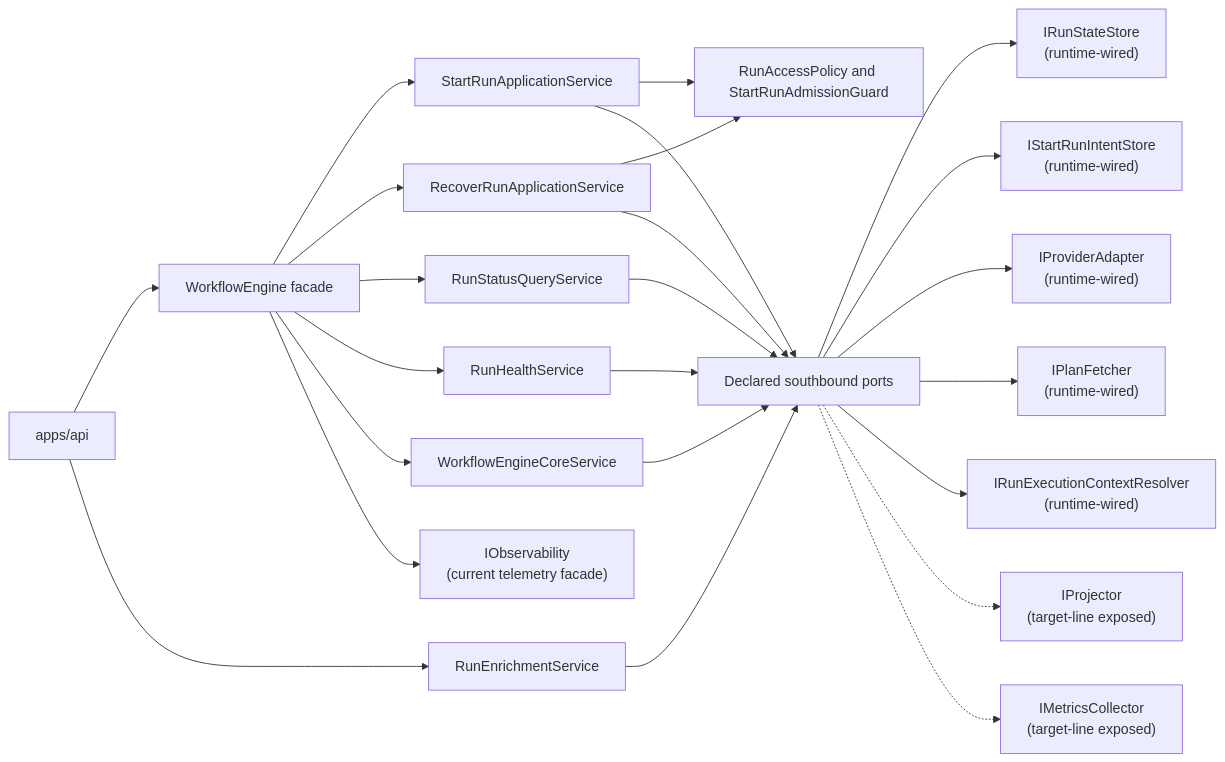
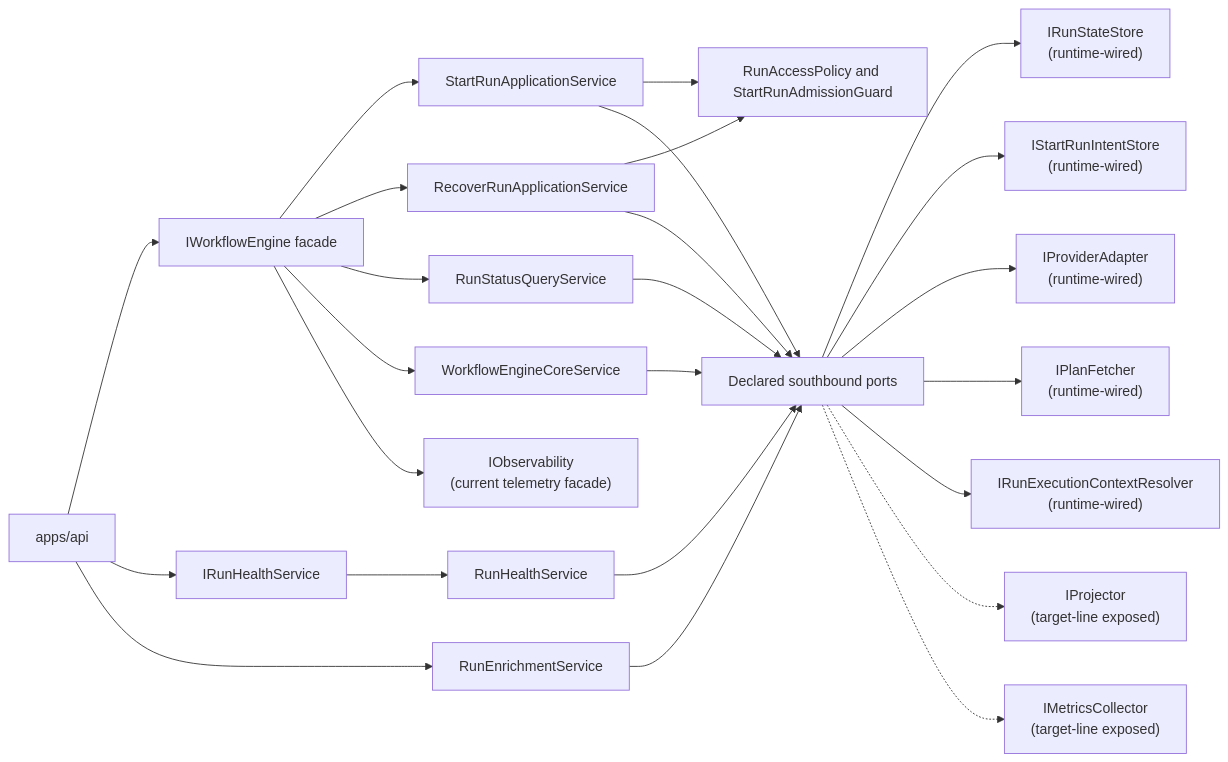
Before and after one commit to dunay2/dvt: the diagram in docs/architecture/components/engine/index.md, drawn with Mermaid. The commit also changed other lines of this file and 19 other files, not shown here.

Commit message:
refactor(engine): Narrow facade package surface

````diff
--- a/docs/architecture/components/engine/index.md
+++ b/docs/architecture/components/engine/index.md
@@ -94,26 +94,27 @@
 ```mermaid
 flowchart LR
-  Api["apps/api"] --> Engine["WorkflowEngine facade"]
+  Api["apps/api"] --> Engine["IWorkflowEngine facade"]
+  Api --> HealthApi["IRunHealthService"]
   Api --> Enrich["RunEnrichmentService"]
   Engine --> StartRun["StartRunApplicationService"]
   Engine --> Recover["RecoverRunApplicationService"]
   Engine --> Query["RunStatusQueryService"]
-  Engine --> Health["RunHealthService"]
   Engine --> Core["WorkflowEngineCoreService"]
+  HealthApi --> Health["RunHealthService"]
   Recover --> Policy["RunAccessPolicy and StartRunAdmissionGuard"]
   StartRun --> Policy["RunAccessPolicy and StartRunAdmissionGuard"]
   StartRun --> Ports["Declared southbound ports"]
   Recover --> Ports
   Query --> Ports
   Health --> Ports
   Core --> Ports
   Enrich --> Ports
   Ports --> State["IRunStateStore<br/>(runtime-wired)"]
   Ports --> Intent["IStartRunIntentStore<br/>(runtime-wired)"]
   Ports --> Providers["IProviderAdapter<br/>(runtime-wired)"]
   Ports --> Plan["IPlanFetcher<br/>(runtime-wired)"]
   Ports --> RunCtx["IRunExecutionContextResolver<br/>(runtime-wired)"]
   Ports -.-> Projector["IProjector<br/>(target-line exposed)"]
   Ports -.-> Metrics["IMetricsCollector<br/>(target-line exposed)"]
   Engine --> Obs["IObservability<br/>(current telemetry facade)"]
 ```
````
